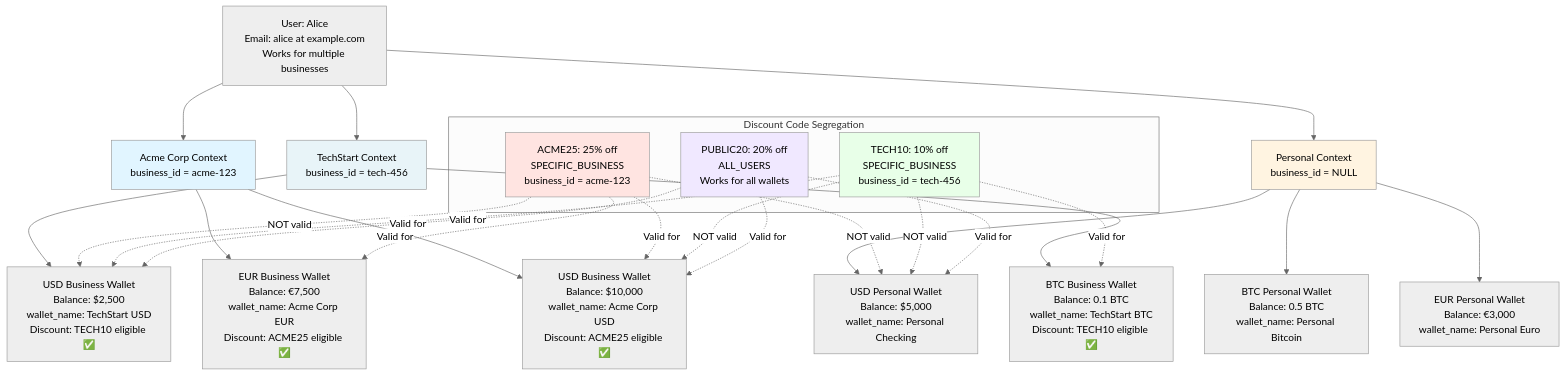
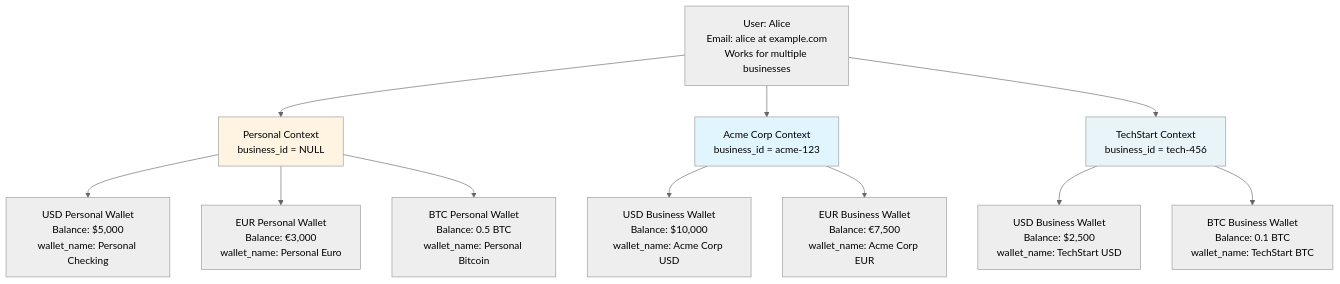
Before and after one commit to mdastpak/Wallet-Service: the fifth of 26 diagrams in docs/PRODUCT_DESIGN.md, drawn with Mermaid (neutral theme). The commit also changed other lines of this file, not shown here.

First line of the commit message:
Remove discount code content from PRODUCT_DESIGN.md diagrams

````diff
--- a/docs/PRODUCT_DESIGN.md
+++ b/docs/PRODUCT_DESIGN.md
@@ -323,49 +282,26 @@
 ```mermaid
 graph TB
     USER["User: Alice<br/>Email: alice at example.com<br/>Works for multiple businesses"]
 
     PERSONAL[Personal Context<br/>business_id = NULL]
     ACME[Acme Corp Context<br/>business_id = acme-123]
     TECH[TechStart Context<br/>business_id = tech-456]
 
     USER --> PERSONAL
     USER --> ACME
     USER --> TECH
 
     PERSONAL --> P1[USD Personal Wallet<br/>Balance: $5,000<br/>wallet_name: Personal Checking]
     PERSONAL --> P2[EUR Personal Wallet<br/>Balance: €3,000<br/>wallet_name: Personal Euro]
     PERSONAL --> P3[BTC Personal Wallet<br/>Balance: 0.5 BTC<br/>wallet_name: Personal Bitcoin]
 
-    ACME --> A1[USD Business Wallet<br/>Balance: $10,000<br/>wallet_name: Acme Corp USD<br/>Discount: ACME25 eligible ✅]
-    ACME --> A2[EUR Business Wallet<br/>Balance: €7,500<br/>wallet_name: Acme Corp EUR<br/>Discount: ACME25 eligible ✅]
+    ACME --> A1[USD Business Wallet<br/>Balance: $10,000<br/>wallet_name: Acme Corp USD]
+    ACME --> A2[EUR Business Wallet<br/>Balance: €7,500<br/>wallet_name: Acme Corp EUR]
 
-    TECH --> T1[USD Business Wallet<br/>Balance: $2,500<br/>wallet_name: TechStart USD<br/>Discount: TECH10 eligible ✅]
-    TECH --> T2[BTC Business Wallet<br/>Balance: 0.1 BTC<br/>wallet_name: TechStart BTC<br/>Discount: TECH10 eligible ✅]
-
-    subgraph "Discount Code Segregation"
-        DISC1[ACME25: 25% off<br/>SPECIFIC_BUSINESS<br/>business_id = acme-123]
-        DISC2[TECH10: 10% off<br/>SPECIFIC_BUSINESS<br/>business_id = tech-456]
-        DISC3[PUBLIC20: 20% off<br/>ALL_USERS<br/>Works for all wallets]
-    end
-
-    DISC1 -.Valid for.-> A1
-    DISC1 -.Valid for.-> A2
-    DISC1 -.NOT valid.-> P1
-    DISC1 -.NOT valid.-> T1
-
-    DISC2 -.Valid for.-> T1
-    DISC2 -.Valid for.-> T2
-    DISC2 -.NOT valid.-> A1
-    DISC2 -.NOT valid.-> P1
-
-    DISC3 -.Valid for.-> P1
-    DISC3 -.Valid for.-> A1
-    DISC3 -.Valid for.-> T1
+    TECH --> T1[USD Business Wallet<br/>Balance: $2,500<br/>wallet_name: TechStart USD]
+    TECH --> T2[BTC Business Wallet<br/>Balance: 0.1 BTC<br/>wallet_name: TechStart BTC]
 
     style PERSONAL fill:#fff4e1
     style ACME fill:#e1f5ff
     style TECH fill:#e8f4f8
-    style DISC1 fill:#ffe4e1
-    style DISC2 fill:#e8ffe8
-    style DISC3 fill:#f0e8ff
 ```
````
